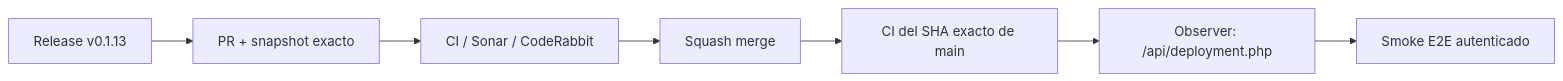
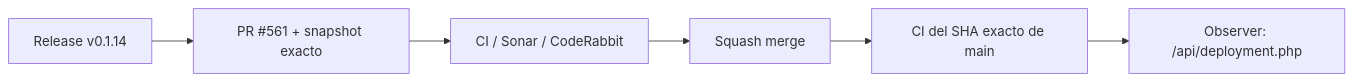
One commit to pl0n3r/brvtal changed the diagram in README.md. Above: the diagram before and after it, drawn with Mermaid. The commit also changed other lines of this file, not shown here.

Commit message:
docs: finalize v0.1.14 deploy snapshot

````diff
--- a/README.md
+++ b/README.md
@@ -48,9 +48,8 @@
 ```mermaid
 flowchart LR
- A["Release v0.1.13"] --> P["PR + snapshot exacto"]
+ A["Release v0.1.14"] --> P["PR #561 + snapshot exacto"]
  P --> Q["CI / Sonar / CodeRabbit"]
  Q --> M["Squash merge"]
  M --> X["CI del SHA exacto de main"]
  X --> O["Observer: /api/deployment.php"]
- O --> S["Smoke E2E autenticado"]
 ```
````
